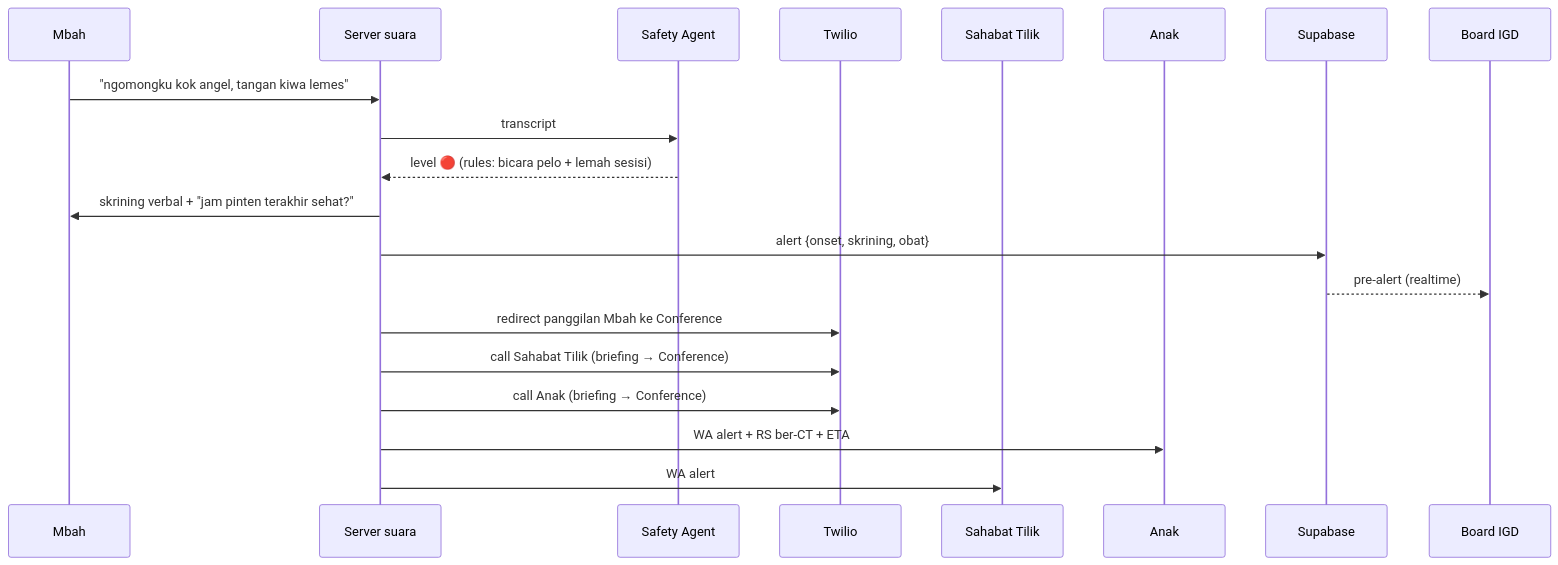
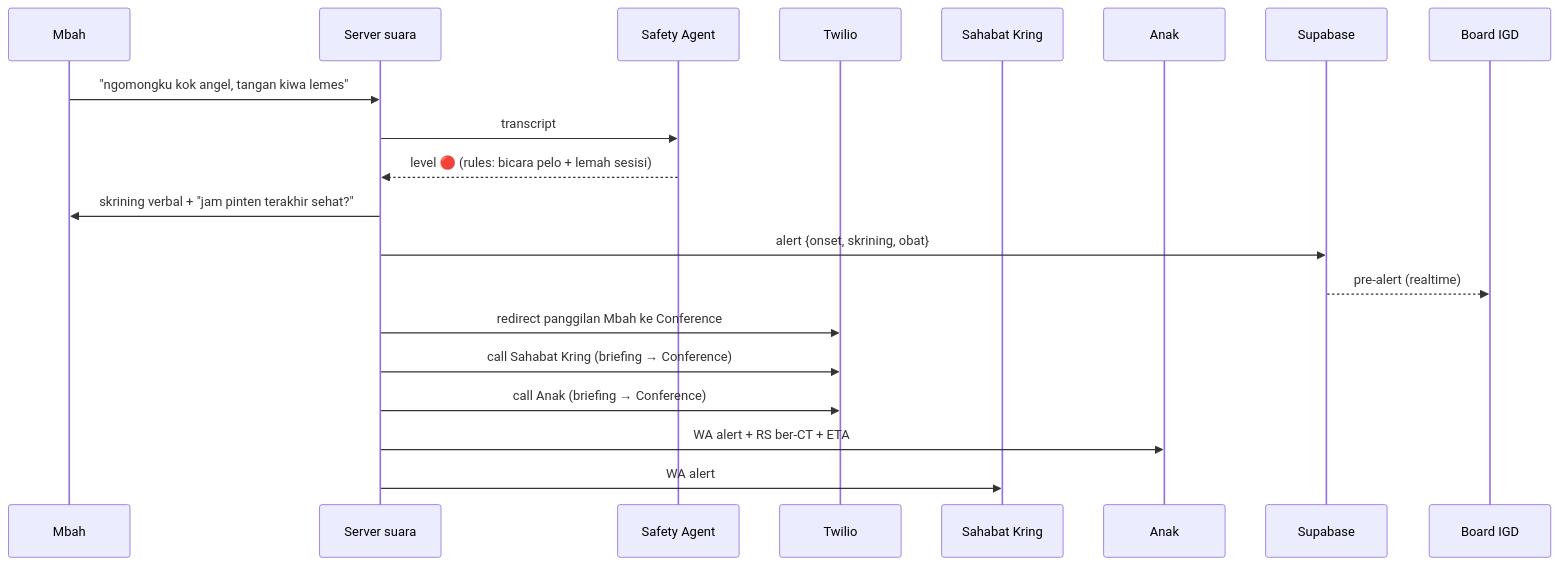
The fourth of 4 diagrams in docs/stage-0/03_ARSITEKTUR_TEKNIS.md (raphaeladikara/Joints-UGM_IRIS-Heisenberg), drawn with Mermaid before and after one commit. The commit also changed other lines of this file and 29 other files, not shown here.

````diff
--- a/docs/stage-0/03_ARSITEKTUR_TEKNIS.md
+++ b/docs/stage-0/03_ARSITEKTUR_TEKNIS.md
@@ -163,22 +195,22 @@
 ```mermaid
 sequenceDiagram
   participant M as Mbah
   participant V as Server suara
   participant S as Safety Agent
   participant T as Twilio
-  participant N as Sahabat Tilik
+  participant N as Sahabat Kring
   participant A as Anak
   participant DB as Supabase
   participant IGD as Board IGD
   M->>V: "ngomongku kok angel, tangan kiwa lemes"
   V->>S: transcript
   S-->>V: level 🔴 (rules: bicara pelo + lemah sesisi)
   V->>M: skrining verbal + "jam pinten terakhir sehat?"
   V->>DB: alert {onset, skrining, obat}
   DB-->>IGD: pre-alert (realtime)
   V->>T: redirect panggilan Mbah ke Conference
-  V->>T: call Sahabat Tilik (briefing → Conference)
+  V->>T: call Sahabat Kring (briefing → Conference)
   V->>T: call Anak (briefing → Conference)
   V->>A: WA alert + RS ber-CT + ETA
   V->>N: WA alert
 ```
````
